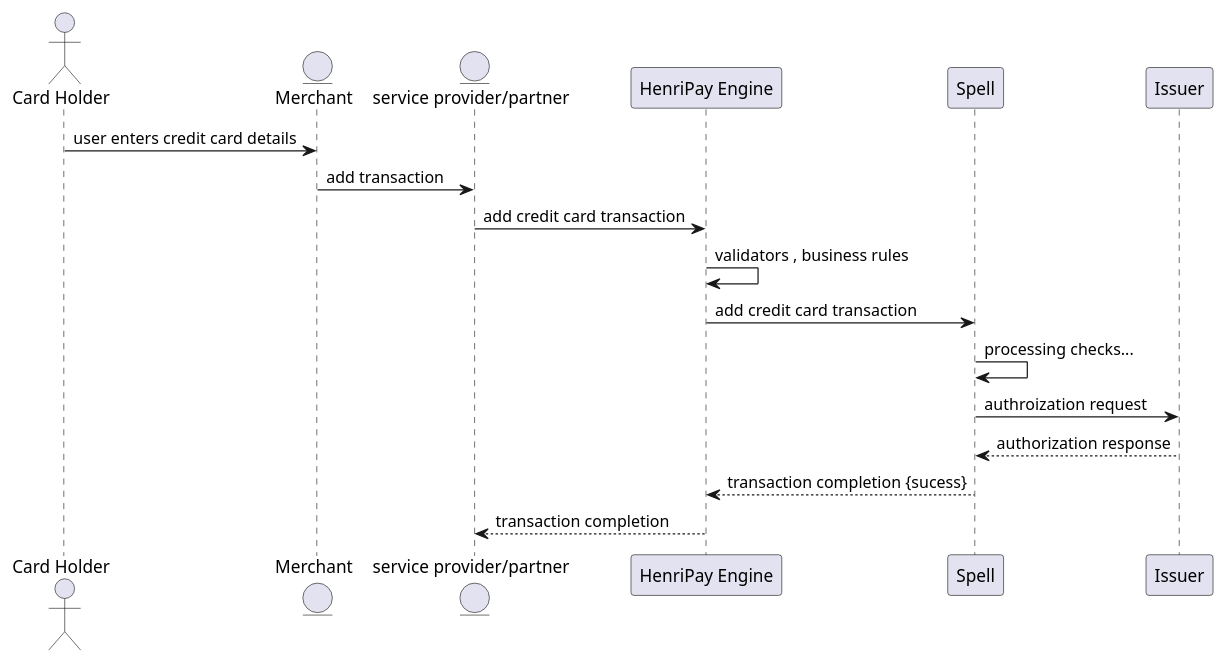
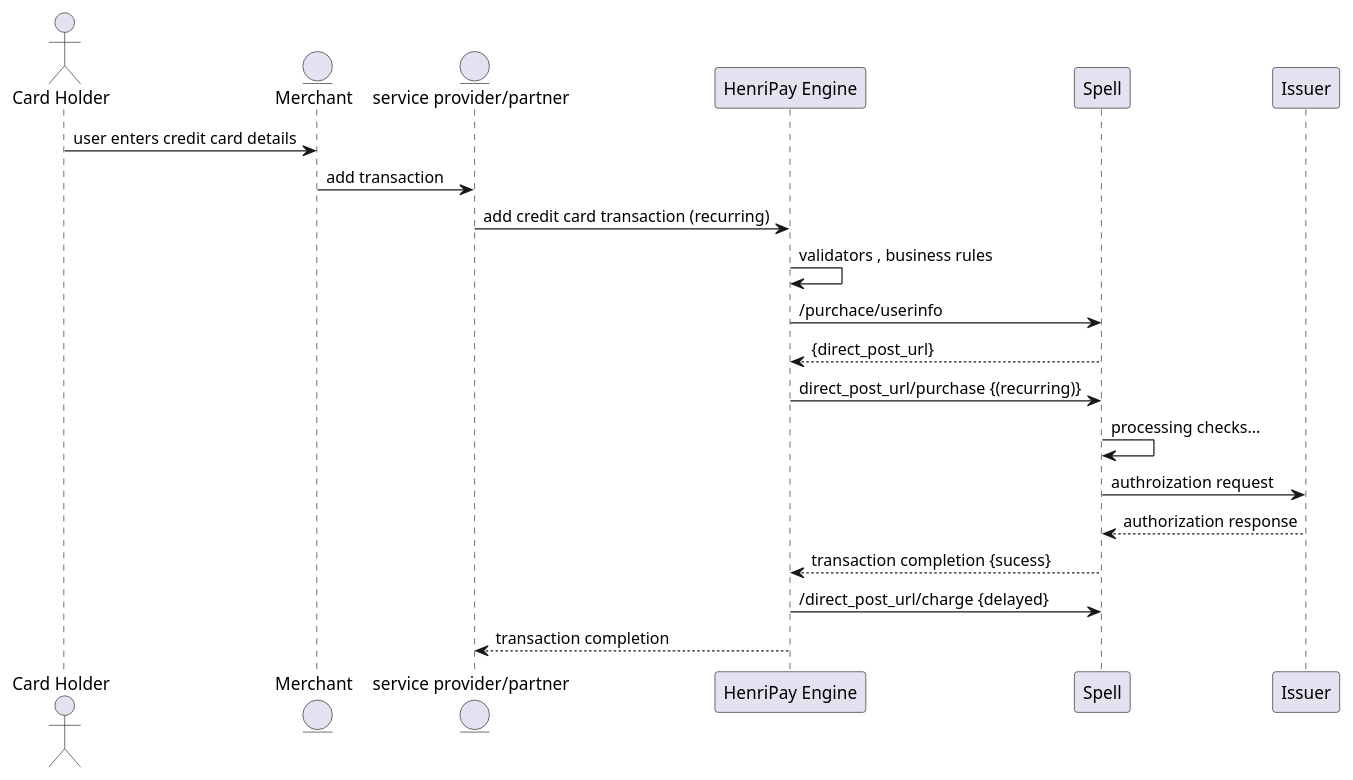
Before and after one commit to saidkhalfaoui/xpay: the diagram in sepaddservice/src/main/resources/sequences/main-use-cases/credit card.puml, drawn with PlantUML. The commit also changed 1 other file, not shown here.

Commit message:
data model 0.1 , small changes to credit card flow

```diff
--- a/sepaddservice/src/main/resources/sequences/main-use-cases/credit card.puml
+++ b/sepaddservice/src/main/resources/sequences/main-use-cases/credit card.puml
@@ -1,20 +1,23 @@
 @startuml
 'https://plantuml.com/sequence-diagram
 actor "Card Holder" as holder
 entity "Merchant" as merchant
 entity "service provider/partner" as mobyyou
 participant "HenriPay Engine" as HenriPay
 participant "Spell"
 participant "Issuer" as issuer
 holder->merchant: user enters credit card details
 merchant-> mobyyou: add transaction
-mobyyou->HenriPay: add credit card transaction
+mobyyou->HenriPay: add credit card transaction (recurring)
 HenriPay->HenriPay: validators , business rules
-HenriPay-> "Spell": add credit card transaction
+HenriPay-> "Spell": /purchace/userinfo
+"Spell"--> HenriPay : {direct_post_url}
+HenriPay->"Spell": direct_post_url/purchase {(recurring)}
 "Spell"->"Spell": processing checks...
 "Spell"-> issuer: authroization request
 issuer --> "Spell" : authorization response
 "Spell"-->HenriPay: transaction completion {sucess}
+HenriPay->"Spell": /direct_post_url/charge {delayed}
 HenriPay-->mobyyou: transaction completion
 
 @enduml
```
